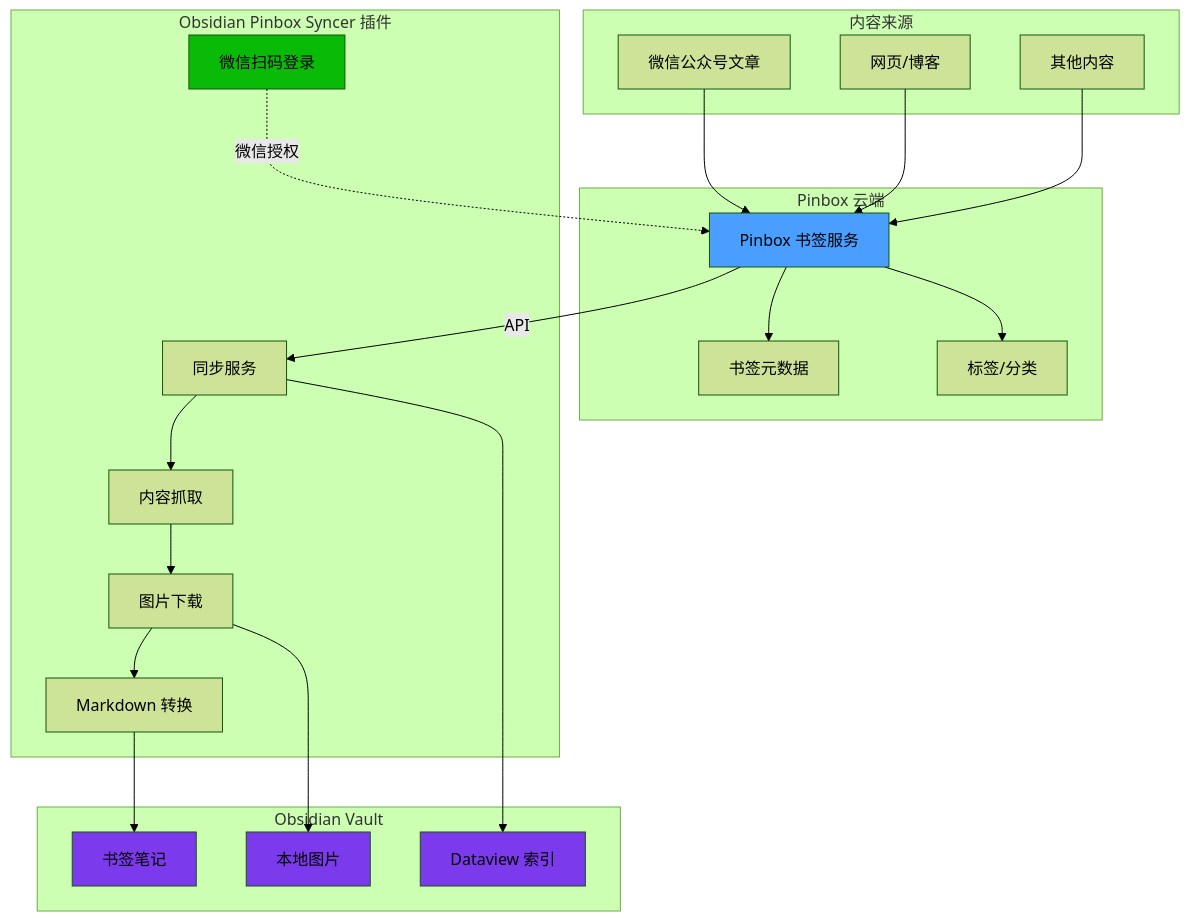
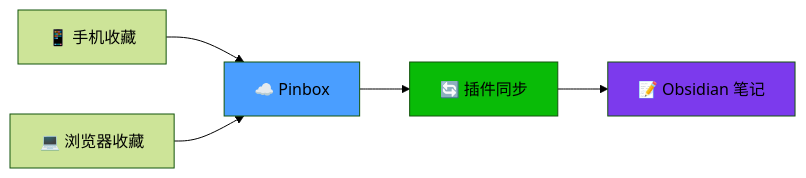
The diagram in README.md (gnuhpc/obsidian-pinbox-syncer), drawn with Mermaid (forest theme) before and after one commit.

Commit message:
Release version 1.0.1
Updates for version 1.0.1:
- Bug fixes and improvements
- Ready for deployment

````diff
--- a/README.md
+++ b/README.md
@@ -29,49 +29,11 @@
 ```mermaid
-graph TB
-    subgraph "内容来源"
-        A[微信公众号文章]
-        B[网页/博客]
-        C[其他内容]
-    end
+graph LR
+    A[📱 手机收藏] --> B[☁️ Pinbox]
+    C[💻 浏览器收藏] --> B
+    B --> D[🔄 插件同步]
+    D --> E[📝 Obsidian 笔记]
 
-    subgraph "Pinbox 云端"
-        D[Pinbox 书签服务]
-        D1[书签元数据]
-        D2[标签/分类]
-    end
-
-    subgraph "Obsidian Pinbox Syncer 插件"
-        E[微信扫码登录]
-        F[同步服务]
-        G[内容抓取]
-        H[图片下载]
-        I[Markdown 转换]
-    end
-
-    subgraph "Obsidian Vault"
-        J[书签笔记]
-        K[本地图片]
-        L[Dataview 索引]
-    end
-
-    A --> D
-    B --> D
-    C --> D
-    D --> D1
-    D --> D2
-
-    E -.微信授权.-> D
-    D -- API --> F
-    F --> G
-    G --> H
-    H --> I
-    I --> J
-    H --> K
-    F --> L
-
-    style D fill:#4a9eff
-    style E fill:#09bb07
-    style J fill:#7c3aed
-    style K fill:#7c3aed
-    style L fill:#7c3aed
+    style B fill:#4a9eff
+    style D fill:#09bb07
+    style E fill:#7c3aed
 ```
````
